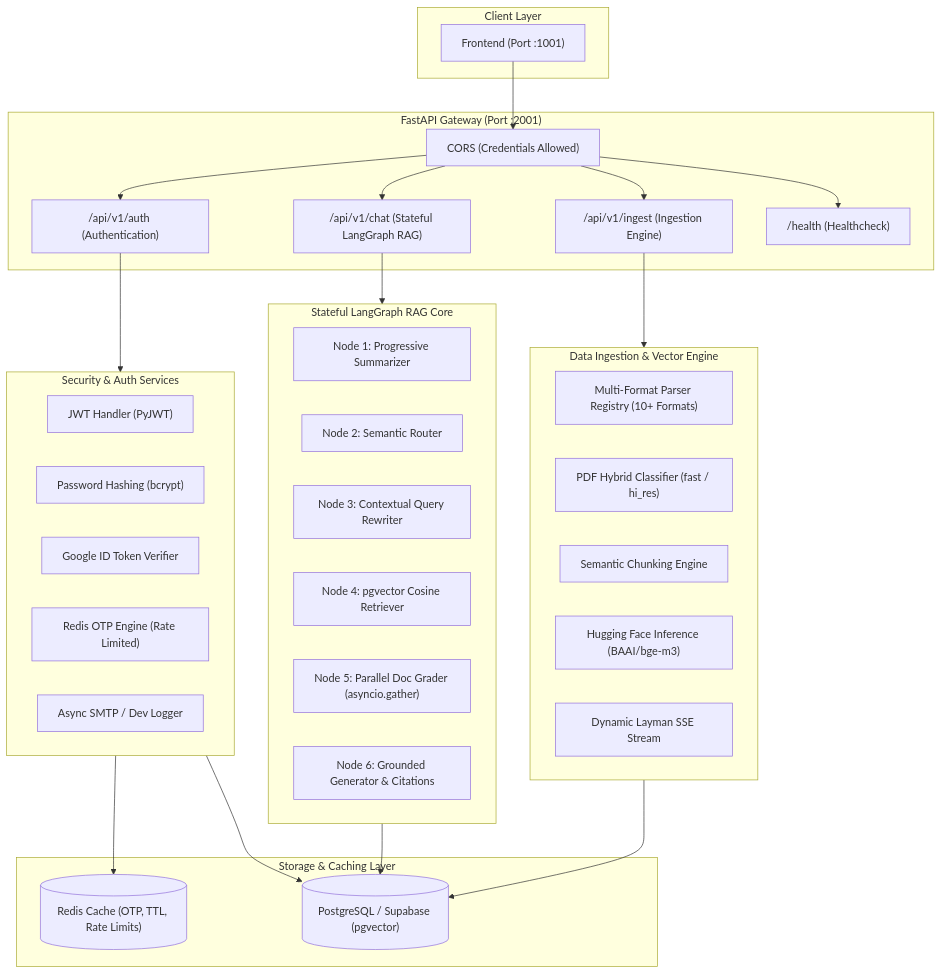
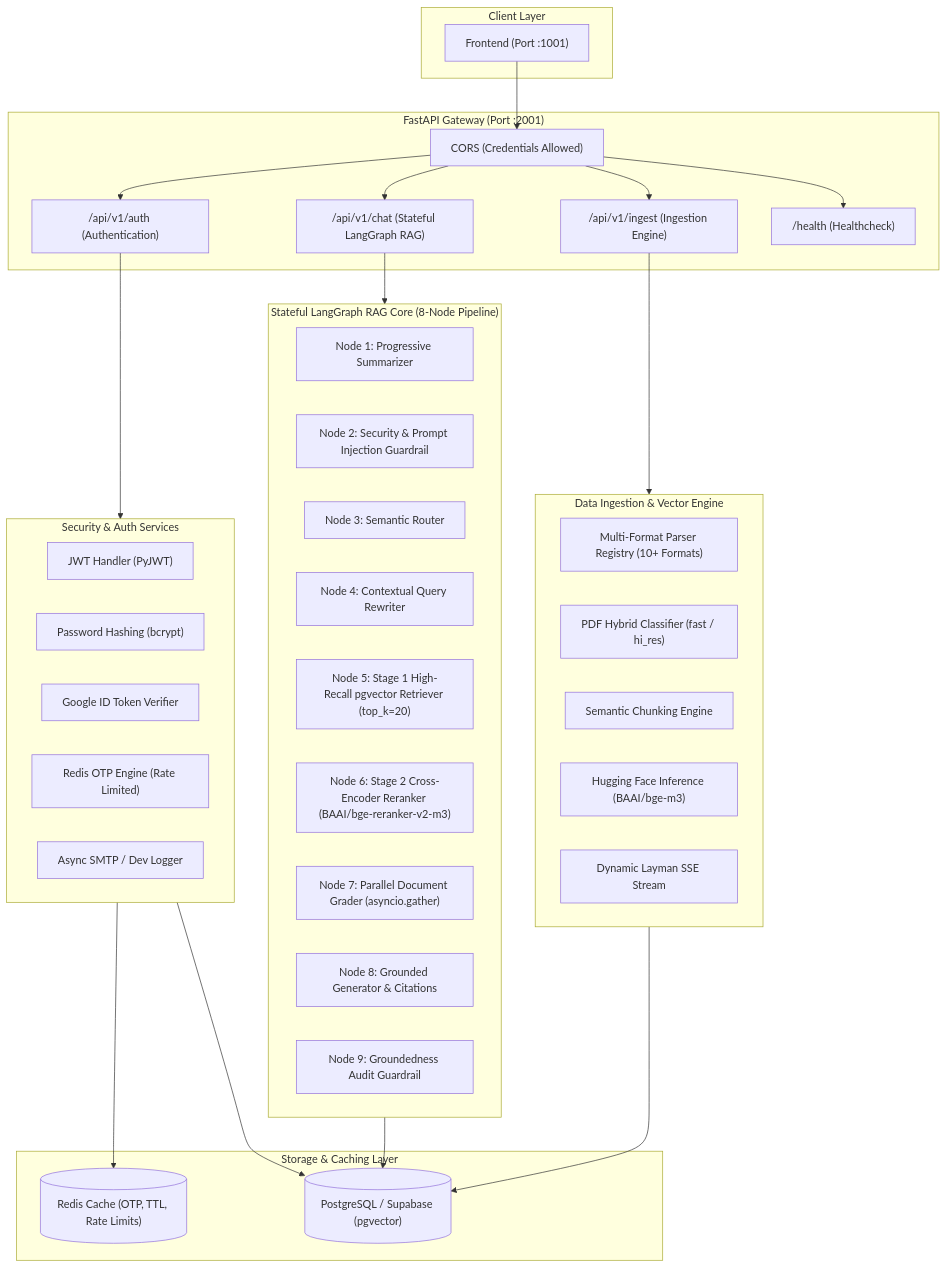
Before and after one commit to ShubhamPrajapati1402/rag_backend: the diagram in README.md, drawn with Mermaid. The commit also changed other lines of this file and 1 other file, not shown here.

Commit message:
feat: upgrade RAG pipeline to 8-node architecture with two-stage retrieval, reranking, and adversarial guardrails

````diff
--- a/README.md
+++ b/README.md
@@ -9,60 +9,63 @@
 ```mermaid
 flowchart TB
     subgraph ClientLayer ["Client Layer"]
         Frontend["Frontend (Port :1001)"]
     end
 
     subgraph APILayer ["FastAPI Gateway (Port :2001)"]
         CORSMiddleware["CORS (Credentials Allowed)"]
         AuthRouter["/api/v1/auth (Authentication)"]
         ChatRouter["/api/v1/chat (Stateful LangGraph RAG)"]
         IngestRouter["/api/v1/ingest (Ingestion Engine)"]
         HealthRouter["/health (Healthcheck)"]
     end
 
     subgraph SecurityServices ["Security & Auth Services"]
         JWTService["JWT Handler (PyJWT)"]
         BcryptHandler["Password Hashing (bcrypt)"]
         GoogleOAuth["Google ID Token Verifier"]
         OTPManager["Redis OTP Engine (Rate Limited)"]
         EmailService["Async SMTP / Dev Logger"]
     end
 
-    subgraph AgenticRAG ["Stateful LangGraph RAG Core"]
+    subgraph AgenticRAG ["Stateful LangGraph RAG Core (8-Node Pipeline)"]
         Summarizer["Node 1: Progressive Summarizer"]
-        Router["Node 2: Semantic Router"]
-        Rewriter["Node 3: Contextual Query Rewriter"]
-        Retriever["Node 4: pgvector Cosine Retriever"]
-        Grader["Node 5: Parallel Doc Grader (asyncio.gather)"]
-        Generator["Node 6: Grounded Generator & Citations"]
+        InputGuard["Node 2: Security & Prompt Injection Guardrail"]
+        Router["Node 3: Semantic Router"]
+        Rewriter["Node 4: Contextual Query Rewriter"]
+        Retriever["Node 5: Stage 1 High-Recall pgvector Retriever (top_k=20)"]
+        Reranker["Node 6: Stage 2 Cross-Encoder Reranker (BAAI/bge-reranker-v2-m3)"]
+        Grader["Node 7: Parallel Document Grader (asyncio.gather)"]
+        Generator["Node 8: Grounded Generator & Citations"]
+        HallucinationGuard["Node 9: Groundedness Audit Guardrail"]
     end
 
     subgraph IngestionPipeline ["Data Ingestion & Vector Engine"]
         ParserRegistry["Multi-Format Parser Registry (10+ Formats)"]
         Classifier["PDF Hybrid Classifier (fast / hi_res)"]
         Chunker["Semantic Chunking Engine"]
         Embedder["Hugging Face Inference (BAAI/bge-m3)"]
         LiveIngestStream["Dynamic Layman SSE Stream"]
     end
 
     subgraph DataLayer ["Storage & Caching Layer"]
         PostgreSQL[("PostgreSQL / Supabase (pgvector)")]
         RedisStore[("Redis Cache (OTP, TTL, Rate Limits)")]
     end
 
     Frontend --> CORSMiddleware
     CORSMiddleware --> AuthRouter
     CORSMiddleware --> ChatRouter
     CORSMiddleware --> IngestRouter
     CORSMiddleware --> HealthRouter
 
     AuthRouter --> SecurityServices
     SecurityServices --> RedisStore
     SecurityServices --> PostgreSQL
 
     ChatRouter --> AgenticRAG
     AgenticRAG --> PostgreSQL
 
     IngestRouter --> IngestionPipeline
     IngestionPipeline --> PostgreSQL
 ```
````
